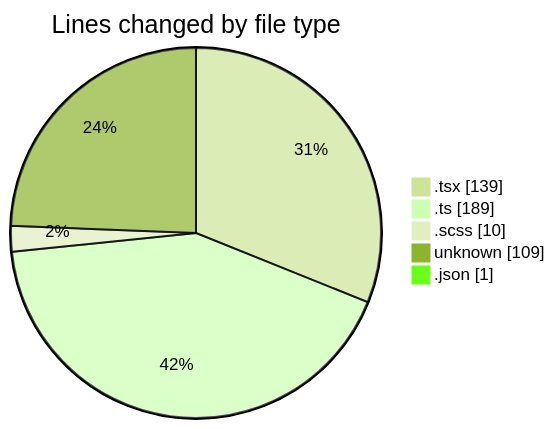
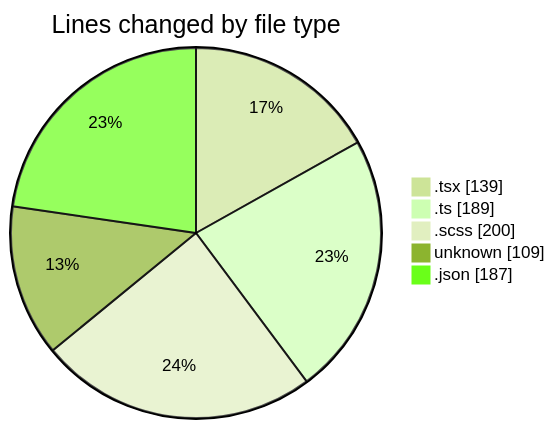
The first of 2 diagrams in 2026-04-15/cda/README.md (momahboobian/code-tracking), drawn with Mermaid (forest theme) before and after one commit. The commit also changed other lines of this file and 1 other file, not shown here.

````diff
--- a/2026-04-15/cda/README.md
+++ b/2026-04-15/cda/README.md
@@ -30,9 +32,9 @@
 ```mermaid
 pie showData
 title Lines changed by file type
 ".tsx" : 139
 ".ts" : 189
-".scss" : 10
+".scss" : 200
 "unknown" : 109
-".json" : 1
+".json" : 187
 ```
````
